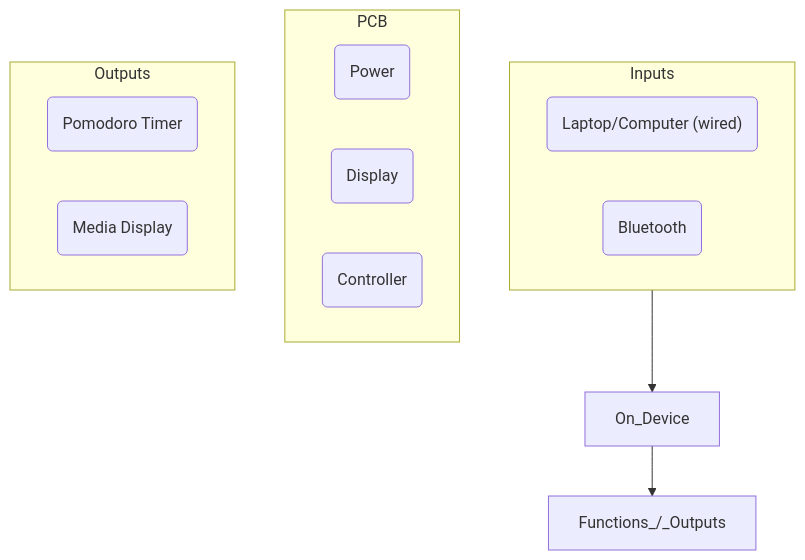
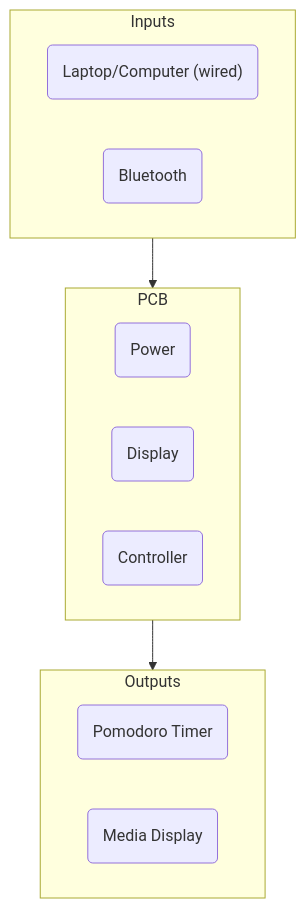
One commit to Drmarbles5/Desk-Clock-Timer-Thing changed the diagram in README.md. Above: the diagram before and after it, drawn with Mermaid.

Commit message:
fix readme flowchart

````diff
--- a/README.md
+++ b/README.md
@@ -9,20 +9,20 @@
 ```mermaid
 flowchart TD
 	subgraph Inputs
 	I1("`Laptop/Computer (wired)`")
 	I2(Bluetooth)
 	end
 
 	subgraph PCB
 	D1(Power)
 	D2(Display)
 	D3(Controller)
 	end
 
 	subgraph Outputs
 	FO1(Pomodoro Timer)
 	FO2(Media Display)
 	end
 
-	Inputs --> On_Device --> Functions_/_Outputs
+	Inputs --> PCB --> Outputs
 ```
````
